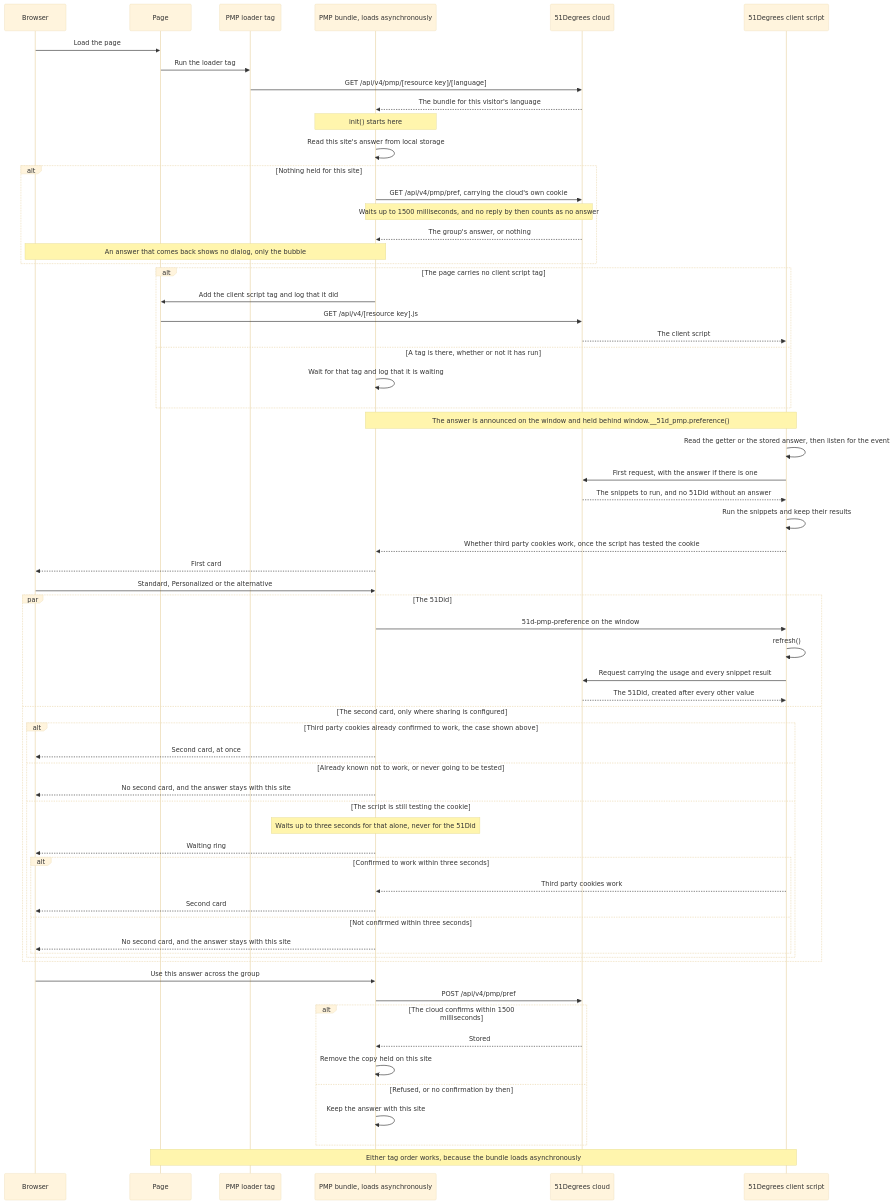
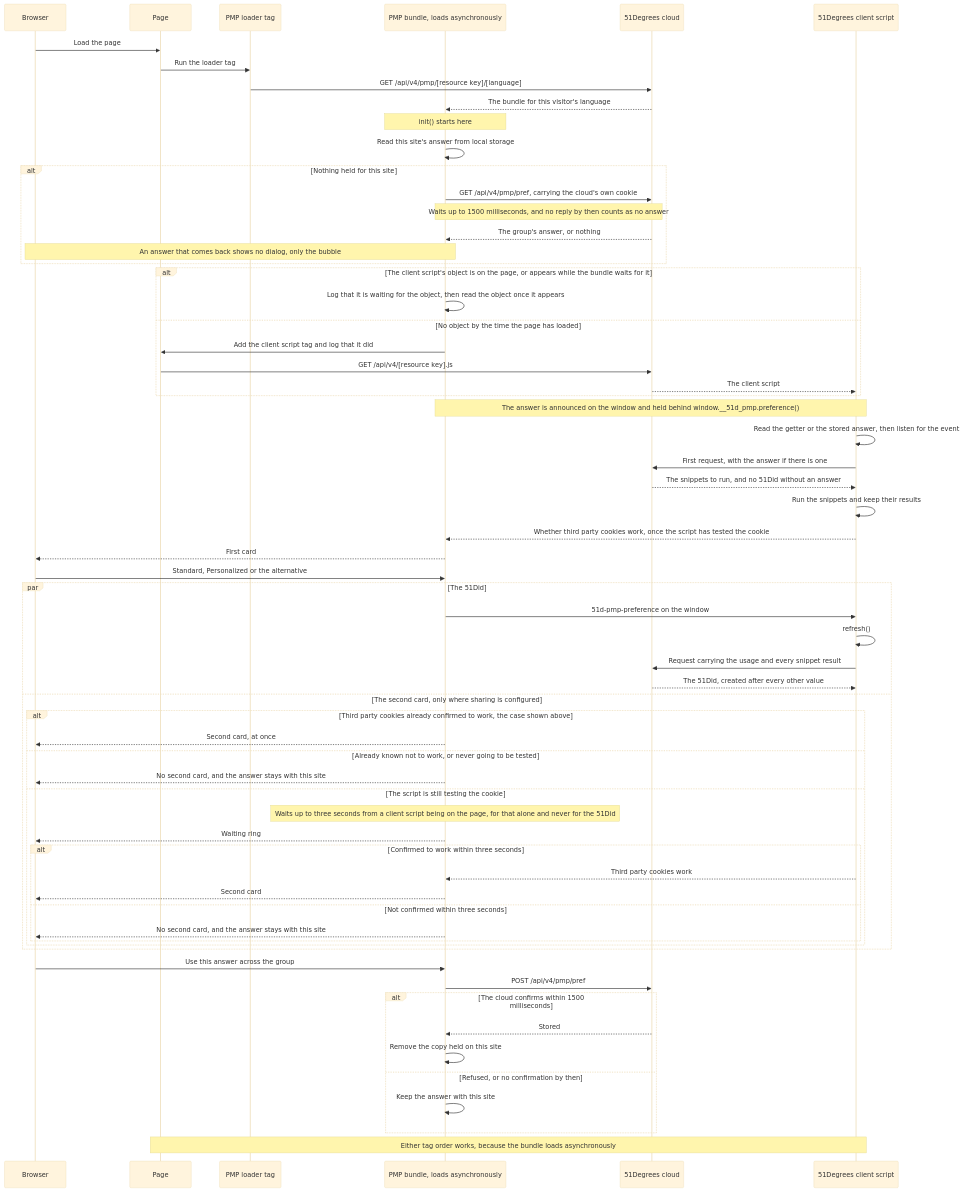
One commit to 51Degrees/documentation changed the diagram in src/identifiers/pmp/index.md. Above: the diagram before and after it, drawn with Mermaid (base theme). The commit also changed other lines of this file and 10 other files, not shown here.

Commit message:
DOC: Describe how the PMP finds the client script and when the second card wait starts as the PMP now does, and name the PMP, the Global Privacy Platform and the consent management platform where each is meant

````diff
--- a/src/identifiers/pmp/index.md
+++ b/src/identifiers/pmp/index.md
@@ -88,73 +89,73 @@
 ```mermaid
 sequenceDiagram
     participant Browser as Browser
     participant Page as Page
     participant Loader as PMP loader tag
     participant Bundle as PMP bundle, loads asynchronously
     participant Cloud as 51Degrees cloud
     participant Script as 51Degrees client script
 
     Browser->>Page: Load the page
     Page->>Loader: Run the loader tag
     Loader->>Cloud: GET /api/v4/pmp/[resource key]/[language]
     Cloud-->>Bundle: The bundle for this visitor's language
 
     Note over Bundle: init() starts here
     Bundle->>Bundle: Read this site's answer from local storage
     alt Nothing held for this site
         Bundle->>Cloud: GET /api/v4/pmp/pref, carrying the cloud's own cookie
         Note over Bundle,Cloud: Waits up to 1500 milliseconds, and no reply by then counts as no answer
         Cloud-->>Bundle: The group's answer, or nothing
         Note over Browser,Bundle: An answer that comes back shows no dialog, only the bubble
     end
 
-    alt The page carries no client script tag
+    alt The client script's object is on the page, or appears while the bundle waits for it
+        Bundle->>Bundle: Log that it is waiting for the object, then read the object once it appears
+    else No object by the time the page has loaded
         Bundle->>Page: Add the client script tag and log that it did
         Page->>Cloud: GET /api/v4/[resource key].js
         Cloud-->>Script: The client script
-    else A tag is there, whether or not it has run
-        Bundle->>Bundle: Wait for that tag and log that it is waiting
     end
 
     Note over Bundle,Script: The answer is announced on the window and held behind window.__51d_pmp.preference()
     Script->>Script: Read the getter or the stored answer, then listen for the event
     Script->>Cloud: First request, with the answer if there is one
     Cloud-->>Script: The snippets to run, and no 51Did without an answer
     Script->>Script: Run the snippets and keep their results
     Script-->>Bundle: Whether third party cookies work, once the script has tested the cookie
 
     Bundle-->>Browser: First card
     Browser->>Bundle: Standard, Personalized or the alternative
     par The 51Did
         Bundle->>Script: 51d-pmp-preference on the window
         Script->>Script: refresh()
         Script->>Cloud: Request carrying the usage and every snippet result
         Cloud-->>Script: The 51Did, created after every other value
     and The second card, only where sharing is configured
         alt Third party cookies already confirmed to work, the case shown above
             Bundle-->>Browser: Second card, at once
         else Already known not to work, or never going to be tested
             Bundle-->>Browser: No second card, and the answer stays with this site
         else The script is still testing the cookie
-            Note over Bundle: Waits up to three seconds for that alone, never for the 51Did
+            Note over Bundle: Waits up to three seconds from a client script being on the page, for that alone and never for the 51Did
             Bundle-->>Browser: Waiting ring
             alt Confirmed to work within three seconds
                 Script-->>Bundle: Third party cookies work
                 Bundle-->>Browser: Second card
             else Not confirmed within three seconds
                 Bundle-->>Browser: No second card, and the answer stays with this site
             end
         end
     end
 
     Browser->>Bundle: Use this answer across the group
     Bundle->>Cloud: POST /api/v4/pmp/pref
     alt The cloud confirms within 1500 milliseconds
         Cloud-->>Bundle: Stored
         Bundle->>Bundle: Remove the copy held on this site
     else Refused, or no confirmation by then
         Bundle->>Bundle: Keep the answer with this site
     end
 
     Note over Page,Script: Either tag order works, because the bundle loads asynchronously
 ```
````
